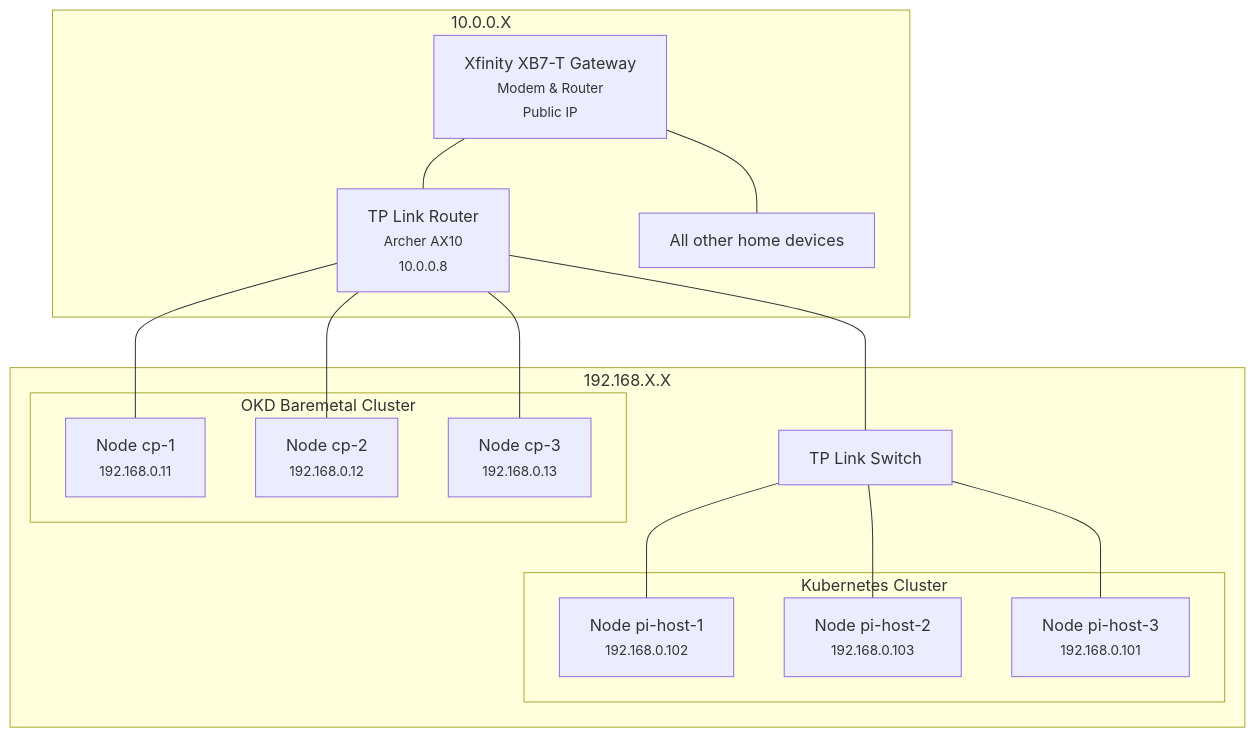
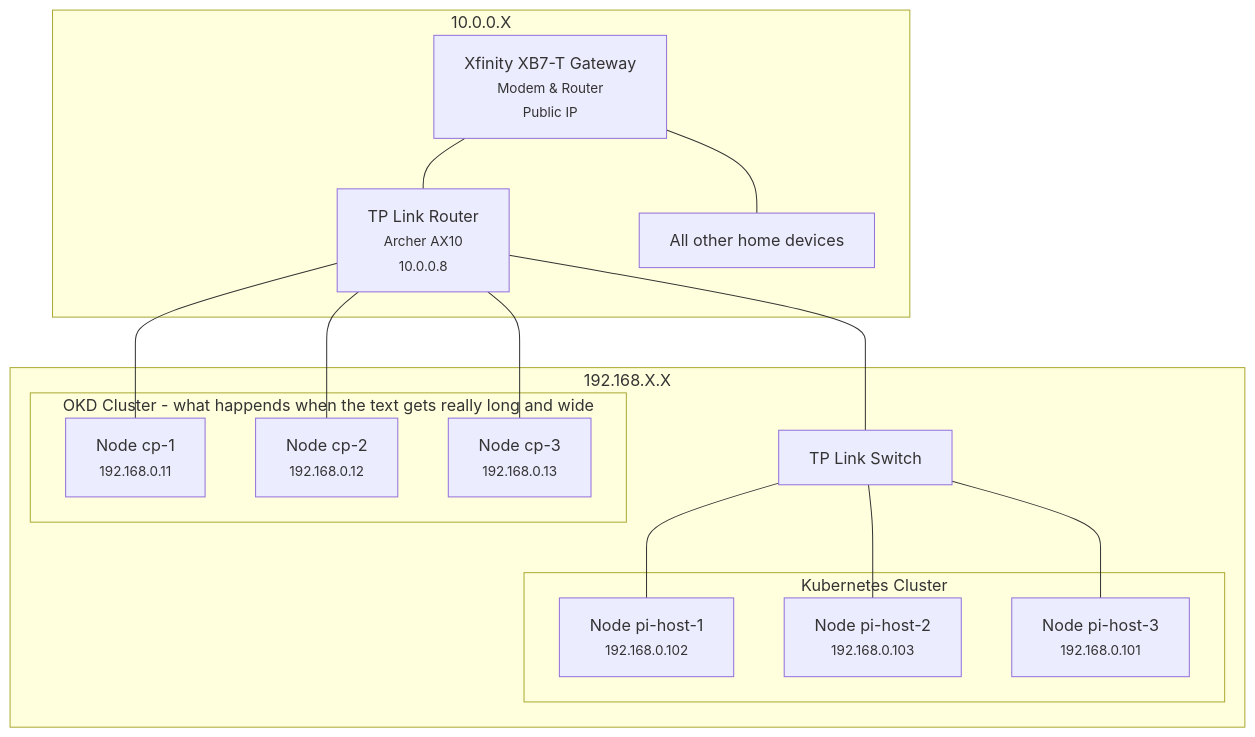
The diagram in README.md (jennweir/HomeLab), drawn with Mermaid before and after one commit.

Commit message:
feat(readme): add words for better formatting

````diff
--- a/README.md
+++ b/README.md
@@ -3,30 +3,30 @@
 ```mermaid
 graph TD
 subgraph 10.0.0.X
 A[Xfinity XB7-T Gateway<br/><small>Modem & Router</small><br/><small>Public IP</small>]
 A --- B
 A --- J
 J[All other home devices]
 end
 B[TP Link Router <br/><small>Archer AX10</small><br/><small>10.0.0.8</small>]
 B --- C
 B --- D
 B --- E
 B --- F
 subgraph 192.168.X.X
-subgraph OKD Baremetal Cluster
+subgraph OKD Cluster - what happends when the text gets really long and wide
 C[Node cp-1 <br/><small>192.168.0.11</small>]
 D[Node cp-2 <br/><small>192.168.0.12</small>]
 E[Node cp-3 <br/><small>192.168.0.13</small>]
 end
 F[TP Link Switch]
 subgraph Kubernetes Cluster
 G[Node pi-host-1 <br/><small>192.168.0.102</small>]
 H[Node pi-host-2 <br/><small>192.168.0.103</small>]
 I[Node pi-host-3 <br/><small>192.168.0.101</small>]
 end
 F --- G
 F --- H
 F --- I
 end
 ```
````
